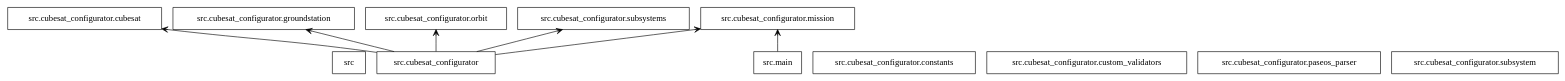
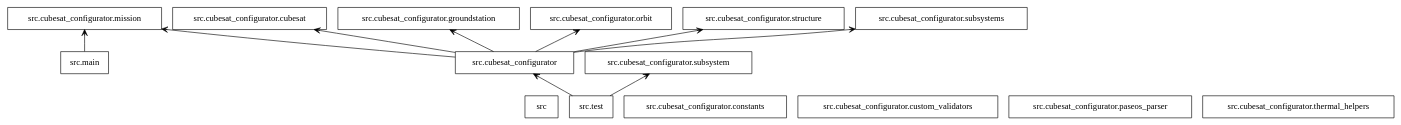
One commit to nic-orbit/KBE_project changed the diagram in src/packages.dot. Above: the diagram before and after it, drawn with Graphviz. The commit also changed 19 other files, not shown here.

```diff
--- a/src/packages.dot
+++ b/src/packages.dot
@@ -1,22 +1,28 @@
 digraph "packages" {
 rankdir=BT
 charset="utf-8"
 "src" [color="black", label=<src>, shape="box", style="solid"];
 "src.cubesat_configurator" [color="black", label=<src.cubesat_configurator>, shape="box", style="solid"];
 "src.cubesat_configurator.constants" [color="black", label=<src.cubesat_configurator.constants>, shape="box", style="solid"];
 "src.cubesat_configurator.cubesat" [color="black", label=<src.cubesat_configurator.cubesat>, shape="box", style="solid"];
 "src.cubesat_configurator.custom_validators" [color="black", label=<src.cubesat_configurator.custom_validators>, shape="box", style="solid"];
 "src.cubesat_configurator.groundstation" [color="black", label=<src.cubesat_configurator.groundstation>, shape="box", style="solid"];
 "src.cubesat_configurator.mission" [color="black", label=<src.cubesat_configurator.mission>, shape="box", style="solid"];
 "src.cubesat_configurator.orbit" [color="black", label=<src.cubesat_configurator.orbit>, shape="box", style="solid"];
 "src.cubesat_configurator.paseos_parser" [color="black", label=<src.cubesat_configurator.paseos_parser>, shape="box", style="solid"];
+"src.cubesat_configurator.structure" [color="black", label=<src.cubesat_configurator.structure>, shape="box", style="solid"];
 "src.cubesat_configurator.subsystem" [color="black", label=<src.cubesat_configurator.subsystem>, shape="box", style="solid"];
 "src.cubesat_configurator.subsystems" [color="black", label=<src.cubesat_configurator.subsystems>, shape="box", style="solid"];
+"src.cubesat_configurator.thermal_helpers" [color="black", label=<src.cubesat_configurator.thermal_helpers>, shape="box", style="solid"];
 "src.main" [color="black", label=<src.main>, shape="box", style="solid"];
+"src.test" [color="black", label=<src.test>, shape="box", style="solid"];
 "src.cubesat_configurator" -> "src.cubesat_configurator.cubesat" [arrowhead="open", arrowtail="none"];
 "src.cubesat_configurator" -> "src.cubesat_configurator.groundstation" [arrowhead="open", arrowtail="none"];
 "src.cubesat_configurator" -> "src.cubesat_configurator.mission" [arrowhead="open", arrowtail="none"];
 "src.cubesat_configurator" -> "src.cubesat_configurator.orbit" [arrowhead="open", arrowtail="none"];
+"src.cubesat_configurator" -> "src.cubesat_configurator.structure" [arrowhead="open", arrowtail="none"];
 "src.cubesat_configurator" -> "src.cubesat_configurator.subsystems" [arrowhead="open", arrowtail="none"];
 "src.main" -> "src.cubesat_configurator.mission" [arrowhead="open", arrowtail="none"];
+"src.test" -> "src.cubesat_configurator" [arrowhead="open", arrowtail="none"];
+"src.test" -> "src.cubesat_configurator.subsystem" [arrowhead="open", arrowtail="none"];
 }
```
